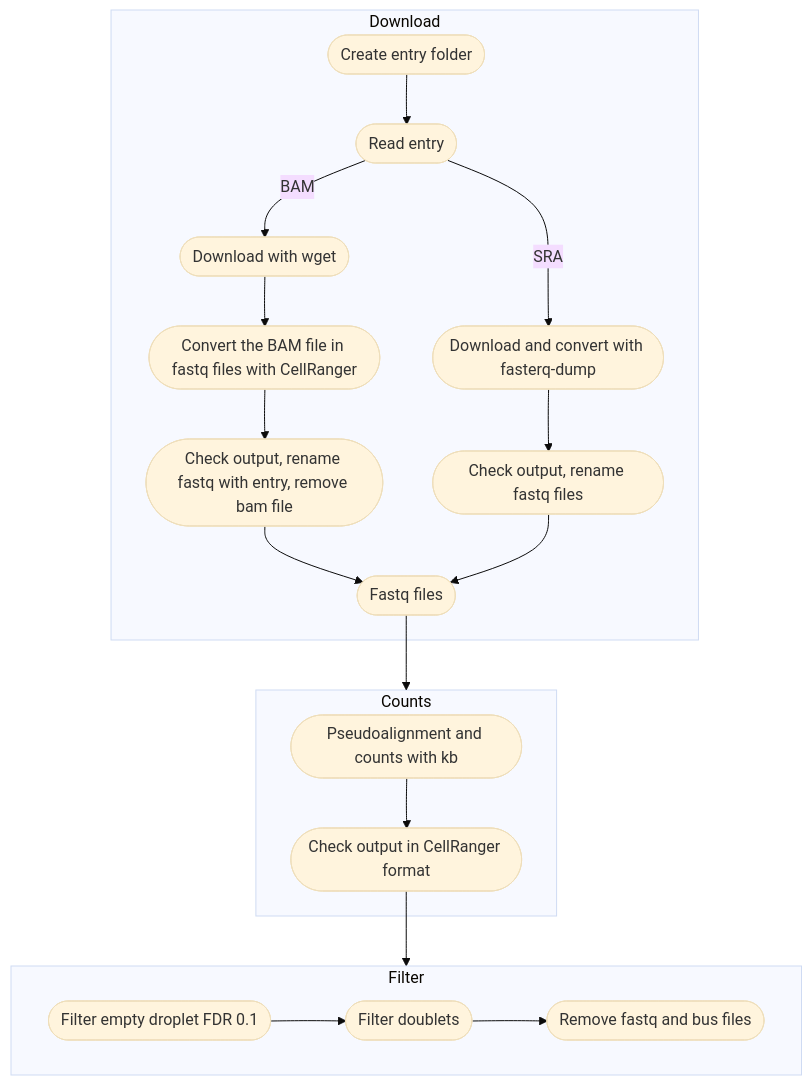
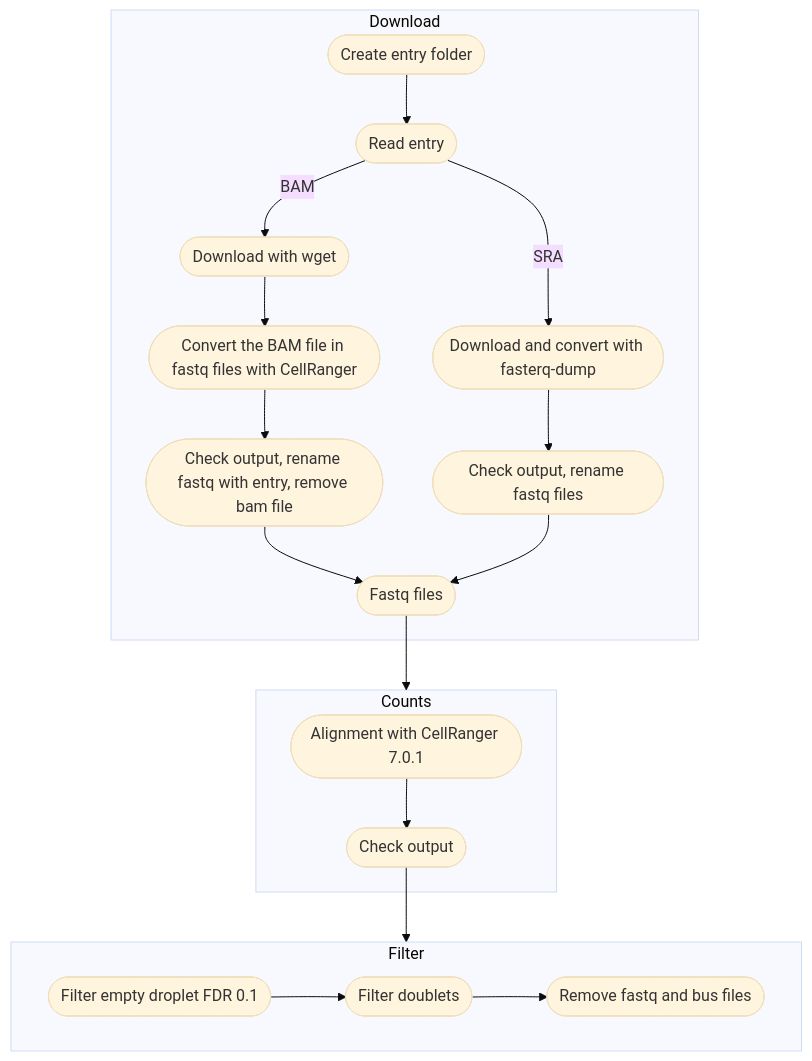
One commit to VergaJU/BoneMarrow_scRNA-Seq changed the diagram in Pre-process/README.md. Above: the diagram before and after it, drawn with Mermaid (base theme). The commit also changed other lines of this file, not shown here.

````diff
--- a/Pre-process/README.md
+++ b/Pre-process/README.md
@@ -15,25 +15,25 @@
 ```mermaid
     flowchart TD
       subgraph Download
       A([Create entry folder]) --> B([Read entry])
       B -- BAM --> C([Download with wget])
       C --> D([Convert the BAM file in fastq files with CellRanger])
       D --> E([Check output, rename fastq with entry, remove bam file])
       E --> H([Fastq files])
       B -- SRA --> F([Download and convert with fasterq-dump])
       F --> G([Check output, rename fastq files])
       G --> H
       end
       subgraph Counts
-      I([Pseudoalignment and counts with kb])
-      I --> J([Check output in CellRanger format])
+      I([Alignment with CellRanger 7.0.1])
+      I --> J([Check output])
       end
       subgraph Filter
       K([Filter empty droplet FDR 0.1])
       K --> L([Filter doublets])
       L --> M([Remove fastq and bus files])
       end
       H --> Counts
       J --> Filter
 
 ```
````
